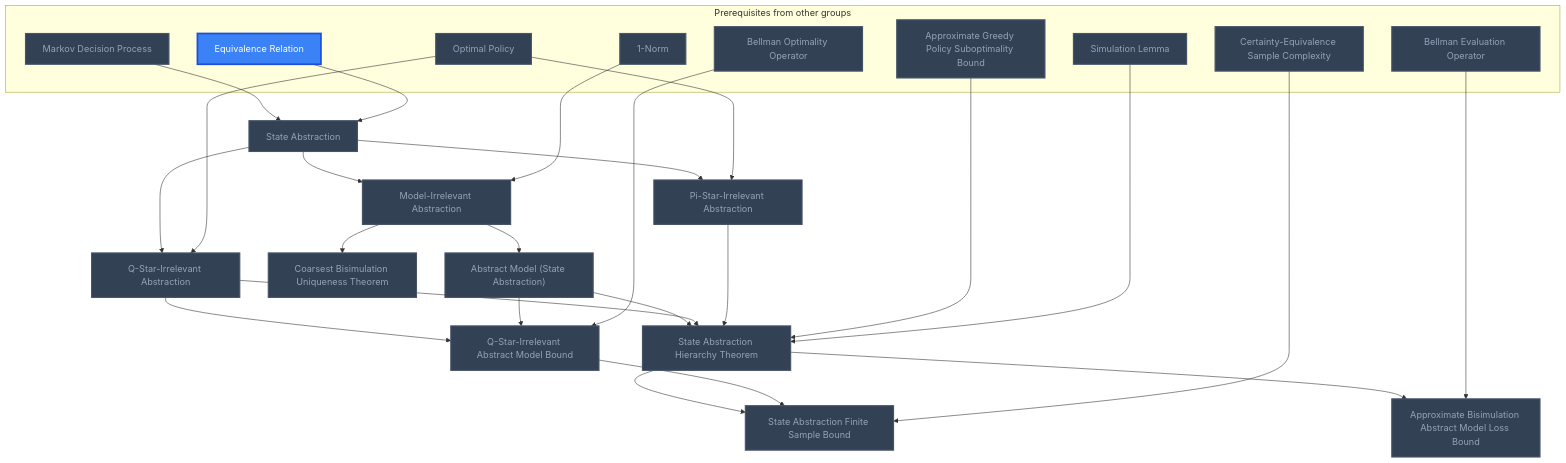
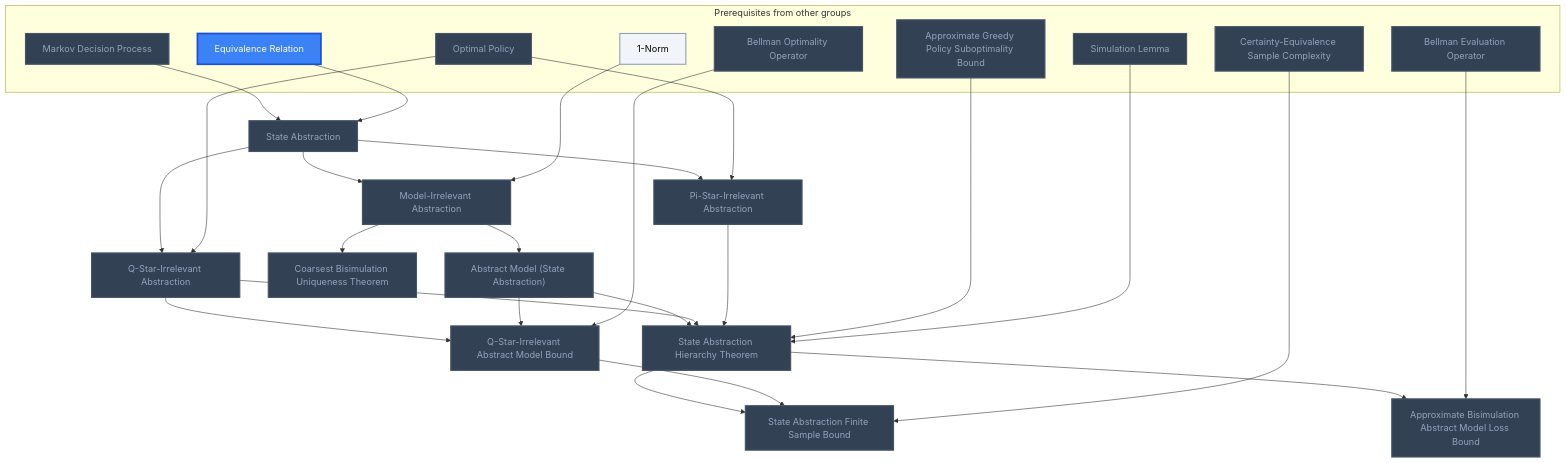
The ninth of 11 diagrams in Gamification/Skill Trees/Reinforcement Learning.md (MRauf1/My-Notes), drawn with Mermaid before and after one commit. The commit also changed other lines of this file and 57 other files, not shown here.

````diff
--- a/Gamification/Skill Trees/Reinforcement Learning.md
+++ b/Gamification/Skill Trees/Reinforcement Learning.md
@@ -373,59 +376,60 @@
 ```mermaid
 flowchart TD
     classDef planned fill:#1E293B,stroke:#64748B,stroke-width:2px,stroke-dasharray:5 5,color:#94A3B8;
     classDef locked fill:#334155,stroke:#475569,stroke-width:2px,color:#94A3B8;
     classDef L0 fill:#F1F5F9,stroke:#94A3B8,stroke-width:2px,color:#000000;
     classDef L1 fill:#22C55E,stroke:#15803D,stroke-width:2px,color:#000000;
     classDef L2 fill:#3B82F6,stroke:#1D4ED8,stroke-width:3px,color:#FFFFFF;
     classDef L3 fill:#A855F7,stroke:#6B21A8,stroke-width:3px,color:#FFFFFF,font-weight:bold;
     classDef L4 fill:#F97316,stroke:#C2410C,stroke-width:4px,color:#000000,font-weight:bold;
     classDef L5 fill:#FFD700,stroke:#FF8C00,stroke-width:5px,color:#000000,font-weight:bold;
     classDef rusty stroke:#8B4513,stroke-width:4px,stroke-dasharray:3 3;
     subgraph sg_prereqs["Prerequisites from other groups"]
         n_markov_decision_process["Markov Decision Process"]
         n_equivalence_relation["Equivalence Relation"]
         n_optimal_policy["Optimal Policy"]
         n_1_norm["1-Norm"]
         n_approximate_greedy_policy_suboptimality_bound["Approximate Greedy Policy Suboptimality Bound"]
         n_simulation_lemma["Simulation Lemma"]
         n_bellman_evaluation_operator["Bellman Evaluation Operator"]
         n_bellman_optimality_operator["Bellman Optimality Operator"]
         n_certainty_equivalence_sample_complexity["Certainty-Equivalence Sample Complexity"]
     end
     n_state_abstraction["State Abstraction"]
     n_pi_star_irrelevant_abstraction["Pi-Star-Irrelevant Abstraction"]
     n_q_star_irrelevant_abstraction["Q-Star-Irrelevant Abstraction"]
     n_model_irrelevant_abstraction["Model-Irrelevant Abstraction"]
     n_coarsest_bisimulation_uniqueness_theorem["Coarsest Bisimulation Uniqueness Theorem"]
     n_abstract_model_state_abstraction["Abstract Model (State Abstraction)"]
     n_state_abstraction_hierarchy_theorem["State Abstraction Hierarchy Theorem"]
     n_approximate_bisimulation_abstract_model_loss_bound["Approximate Bisimulation Abstract Model Loss Bound"]
     n_q_star_irrelevant_abstract_model_bound["Q-Star-Irrelevant Abstract Model Bound"]
     n_state_abstraction_finite_sample_bound["State Abstraction Finite Sample Bound"]
     n_markov_decision_process --> n_state_abstraction
     n_equivalence_relation --> n_state_abstraction
     n_state_abstraction --> n_pi_star_irrelevant_abstraction
     n_optimal_policy --> n_pi_star_irrelevant_abstraction
     n_state_abstraction --> n_q_star_irrelevant_abstraction
     n_optimal_policy --> n_q_star_irrelevant_abstraction
     n_state_abstraction --> n_model_irrelevant_abstraction
     n_1_norm --> n_model_irrelevant_abstraction
     n_model_irrelevant_abstraction --> n_coarsest_bisimulation_uniqueness_theorem
     n_model_irrelevant_abstraction --> n_abstract_model_state_abstraction
     n_abstract_model_state_abstraction --> n_state_abstraction_hierarchy_theorem
     n_q_star_irrelevant_abstraction --> n_state_abstraction_hierarchy_theorem
     n_pi_star_irrelevant_abstraction --> n_state_abstraction_hierarchy_theorem
     n_approximate_greedy_policy_suboptimality_bound --> n_state_abstraction_hierarchy_theorem
     n_simulation_lemma --> n_state_abstraction_hierarchy_theorem
     n_state_abstraction_hierarchy_theorem --> n_approximate_bisimulation_abstract_model_loss_bound
     n_bellman_evaluation_operator --> n_approximate_bisimulation_abstract_model_loss_bound
     n_q_star_irrelevant_abstraction --> n_q_star_irrelevant_abstract_model_bound
     n_abstract_model_state_abstraction --> n_q_star_irrelevant_abstract_model_bound
     n_bellman_optimality_operator --> n_q_star_irrelevant_abstract_model_bound
     n_state_abstraction_hierarchy_theorem --> n_state_abstraction_finite_sample_bound
     n_q_star_irrelevant_abstract_model_bound --> n_state_abstraction_finite_sample_bound
     n_certainty_equivalence_sample_complexity --> n_state_abstraction_finite_sample_bound
-    class n_markov_decision_process,n_optimal_policy,n_1_norm,n_approximate_greedy_policy_suboptimality_bound,n_simulation_lemma,n_bellman_evaluation_operator,n_bellman_optimality_operator,n_certainty_equivalence_sample_complexity,n_state_abstraction,n_pi_star_irrelevant_abstraction,n_q_star_irrelevant_abstraction,n_model_irrelevant_abstraction,n_coarsest_bisimulation_uniqueness_theorem,n_abstract_model_state_abstraction,n_state_abstraction_hierarchy_theorem,n_approximate_bisimulation_abstract_model_loss_bound,n_q_star_irrelevant_abstract_model_bound,n_state_abstraction_finite_sample_bound locked;
+    class n_markov_decision_process,n_optimal_policy,n_approximate_greedy_policy_suboptimality_bound,n_simulation_lemma,n_bellman_evaluation_operator,n_bellman_optimality_operator,n_certainty_equivalence_sample_complexity,n_state_abstraction,n_pi_star_irrelevant_abstraction,n_q_star_irrelevant_abstraction,n_model_irrelevant_abstraction,n_coarsest_bisimulation_uniqueness_theorem,n_abstract_model_state_abstraction,n_state_abstraction_hierarchy_theorem,n_approximate_bisimulation_abstract_model_loss_bound,n_q_star_irrelevant_abstract_model_bound,n_state_abstraction_finite_sample_bound locked;
+    class n_1_norm L0;
     class n_equivalence_relation L2;
     class n_markov_decision_process,n_equivalence_relation,n_optimal_policy,n_1_norm,n_approximate_greedy_policy_suboptimality_bound,n_simulation_lemma,n_bellman_evaluation_operator,n_bellman_optimality_operator,n_certainty_equivalence_sample_complexity,n_state_abstraction,n_pi_star_irrelevant_abstraction,n_q_star_irrelevant_abstraction,n_model_irrelevant_abstraction,n_coarsest_bisimulation_uniqueness_theorem,n_abstract_model_state_abstraction,n_state_abstraction_hierarchy_theorem,n_approximate_bisimulation_abstract_model_loss_bound,n_q_star_irrelevant_abstract_model_bound,n_state_abstraction_finite_sample_bound internal-link;
 ```
````
